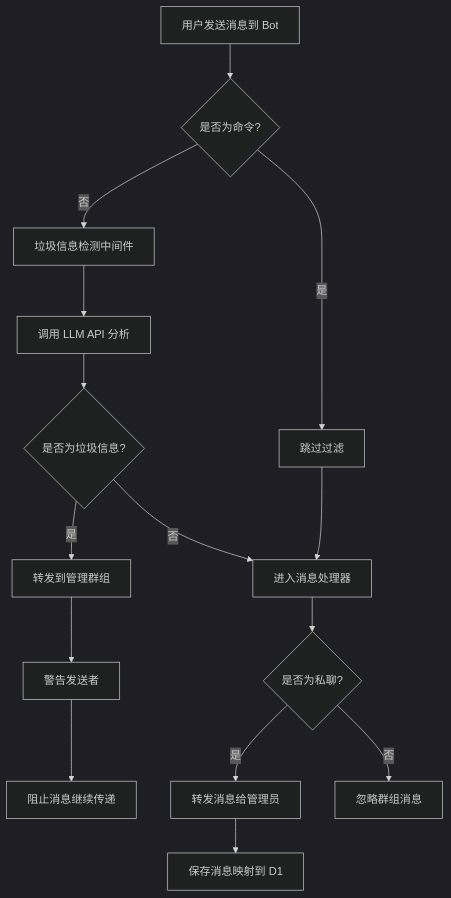
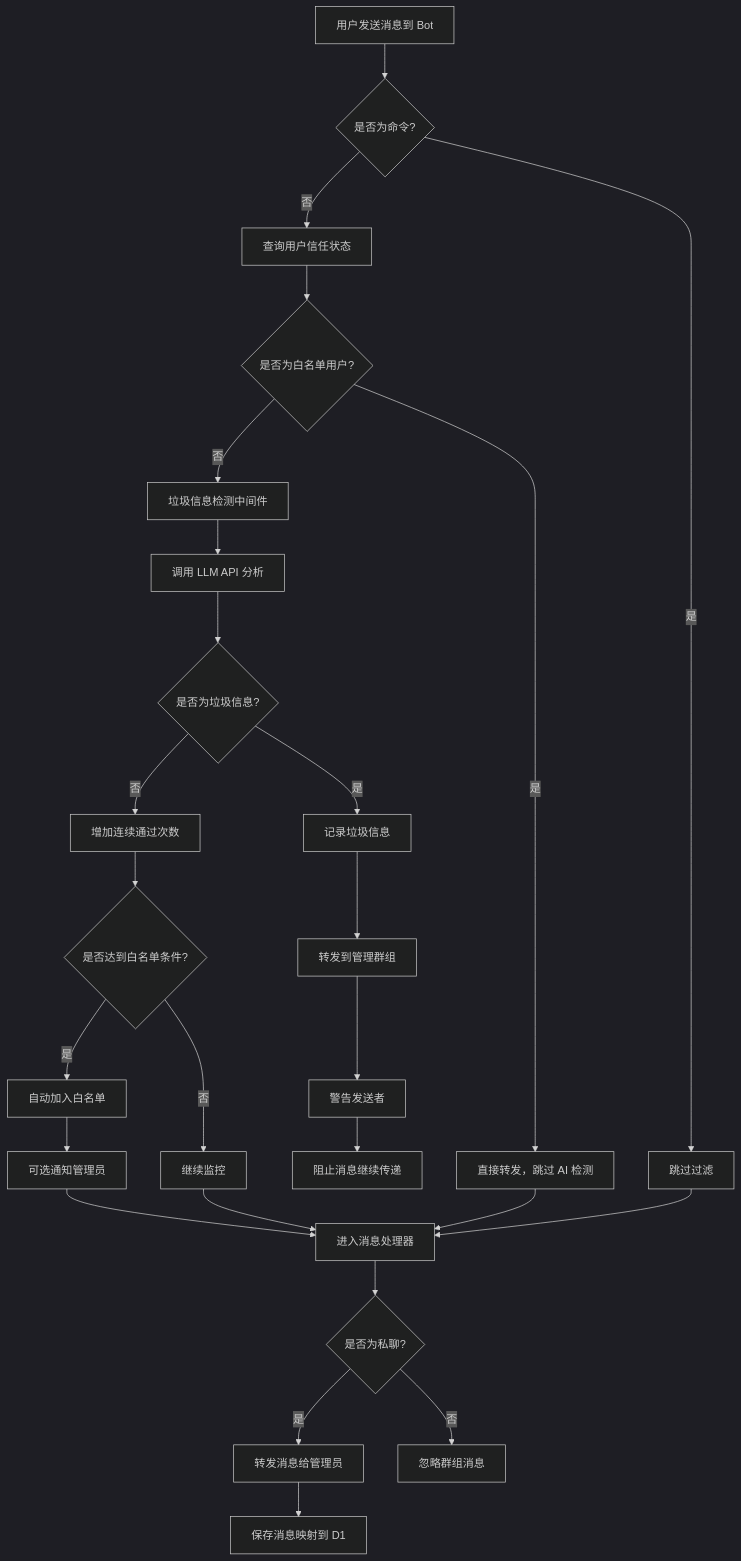
The first of 2 diagrams in README.md (pupilcc/telegram-watchdog), drawn with Mermaid (dark theme) before and after one commit. The commit also changed other lines of this file and 6 other files, not shown here.

````diff
--- a/README.md
+++ b/README.md
@@ -86,17 +95,28 @@
 ```mermaid
 graph TD
     A[用户发送消息到 Bot] --> B{是否为命令?}
     B -->|是| C[跳过过滤]
-    B -->|否| D[垃圾信息检测中间件]
-    D --> E[调用 LLM API 分析]
-    E --> F{是否为垃圾信息?}
-    F -->|是| G[转发到管理群组]
-    G --> H[警告发送者]
-    H --> I[阻止消息继续传递]
-    F -->|否| J[进入消息处理器]
-    J --> K{是否为私聊?}
-    K -->|是| L[转发消息给管理员]
-    L --> M[保存消息映射到 D1]
-    K -->|否| N[忽略群组消息]
-    C --> J
+    B -->|否| D[查询用户信任状态]
+    D --> E{是否为白名单用户?}
+    E -->|是| F[直接转发，跳过 AI 检测]
+    E -->|否| G[垃圾信息检测中间件]
+    G --> H[调用 LLM API 分析]
+    H --> I{是否为垃圾信息?}
+    I -->|是| J[记录垃圾信息]
+    J --> K[转发到管理群组]
+    K --> L[警告发送者]
+    L --> M[阻止消息继续传递]
+    I -->|否| N[增加连续通过次数]
+    N --> O{是否达到白名单条件?}
+    O -->|是| P[自动加入白名单]
+    P --> Q[可选通知管理员]
+    O -->|否| R[继续监控]
+    Q --> S[进入消息处理器]
+    R --> S
+    F --> S
+    S --> T{是否为私聊?}
+    T -->|是| U[转发消息给管理员]
+    U --> V[保存消息映射到 D1]
+    T -->|否| W[忽略群组消息]
+    C --> S
 ```
````
